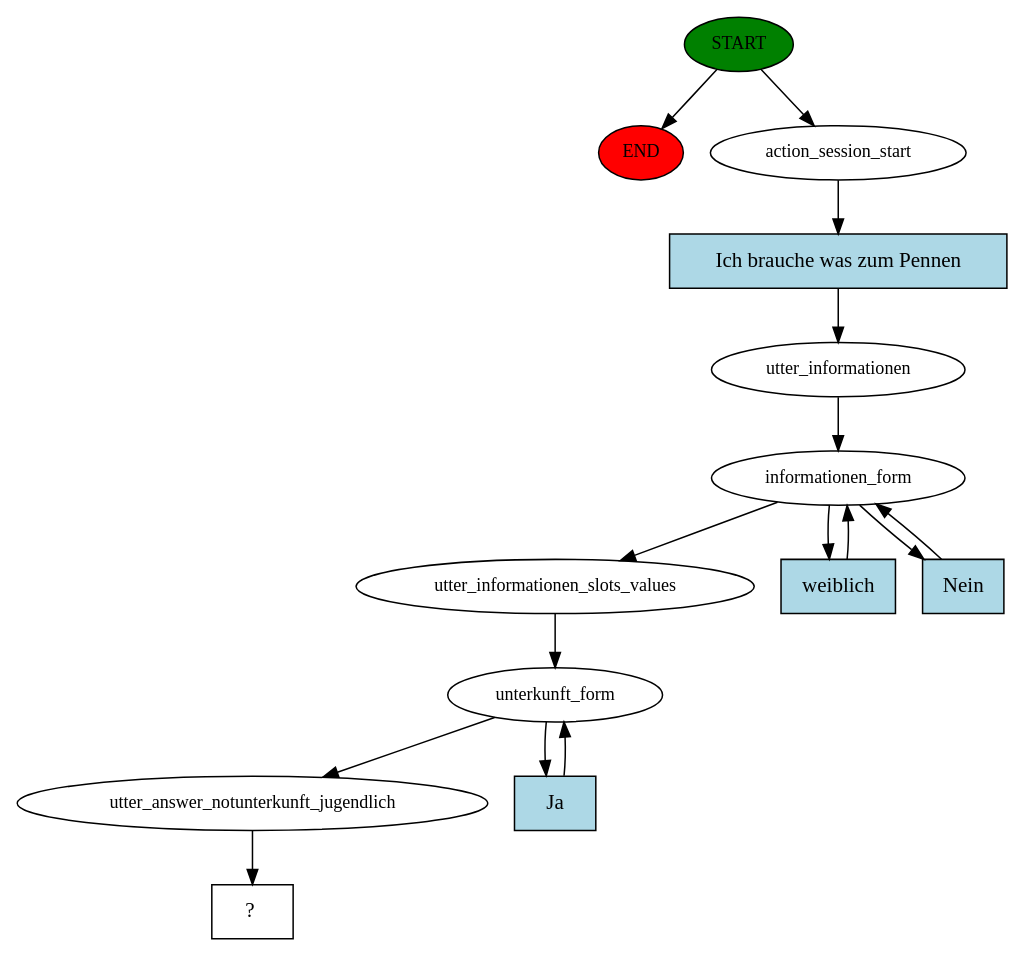
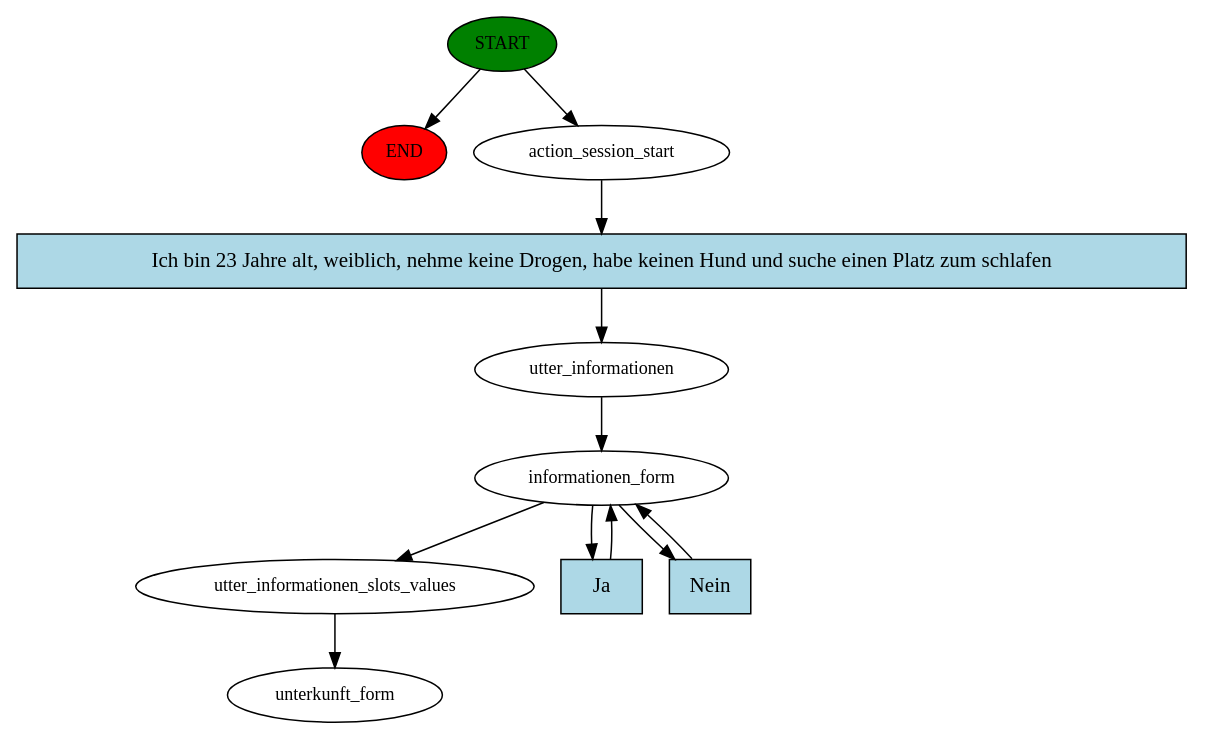
The diagram in story_graph.dot (Schlaue-Lise-IT-Project/schlaue-lise), drawn with Graphviz before and after one commit. The commit also changed 8 other files, not shown here.

```diff
--- a/story_graph.dot
+++ b/story_graph.dot
@@ -1,30 +1,23 @@
 digraph  {
 0 [class="start active", fillcolor=green, fontsize=12, label=START, style=filled];
 "-1" [class=end, fillcolor=red, fontsize=12, label=END, style=filled];
 1 [class=active, fontsize=12, label=action_session_start];
 2 [class=active, fontsize=12, label=utter_informationen];
 3 [class=active, fontsize=12, label=informationen_form];
-8 [class=active, fontsize=12, label=utter_informationen_slots_values];
-9 [class=active, fontsize=12, label=unterkunft_form];
-11 [class=active, fontsize=12, label=utter_answer_notunterkunft_jugendlich];
-12 [class="intent dashed active", label="  ?  ", shape=rect];
-13 [class="intent active", fillcolor=lightblue, label="Ich brauche was zum Pennen", shape=rect, style=filled];
-14 [class="intent active", fillcolor=lightblue, label=weiblich, shape=rect, style=filled];
-15 [class="intent active", fillcolor=lightblue, label=Nein, shape=rect, style=filled];
-16 [class="intent active", fillcolor=lightblue, label=Ja, shape=rect, style=filled];
+6 [class=active, fontsize=12, label=utter_informationen_slots_values];
+7 [class="dashed active", fontsize=12, label=unterkunft_form];
+8 [class="intent active", fillcolor=lightblue, label="Ich bin 23 Jahre alt, weiblich, nehme keine Drogen, habe keinen Hund und suche einen Platz zum schlafen", shape=rect, style=filled];
+9 [class="intent active", fillcolor=lightblue, label=Ja, shape=rect, style=filled];
+10 [class="intent active", fillcolor=lightblue, label=Nein, shape=rect, style=filled];
 0 -> "-1"  [class="", key=NONE, label=""];
 0 -> 1  [class=active, key=NONE, label=""];
-1 -> 13  [class=active, key=0];
+1 -> 8  [class=active, key=0];
 2 -> 3  [class=active, key=NONE, label=""];
-3 -> 8  [class=active, key=NONE, label=""];
-3 -> 14  [class=active, key=0];
-3 -> 15  [class=active, key=0];
-8 -> 9  [class=active, key=NONE, label=""];
-9 -> 11  [class=active, key=NONE, label=""];
-9 -> 16  [class=active, key=0];
-11 -> 12  [class=active, key=NONE, label=""];
-13 -> 2  [class=active, key=0];
-14 -> 3  [class=active, key=0];
-15 -> 3  [class=active, key=0];
-16 -> 9  [class=active, key=0];
+3 -> 6  [class=active, key=NONE, label=""];
+3 -> 9  [class=active, key=0];
+3 -> 10  [class=active, key=0];
+6 -> 7  [class=active, key=NONE, label=""];
+8 -> 2  [class=active, key=0];
+9 -> 3  [class=active, key=0];
+10 -> 3  [class=active, key=0];
 }
```
